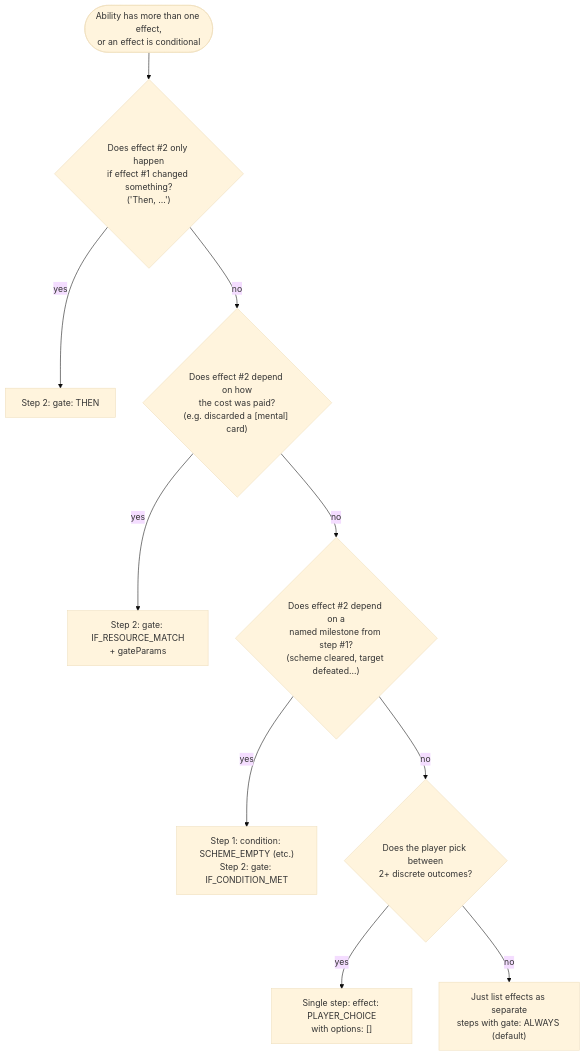
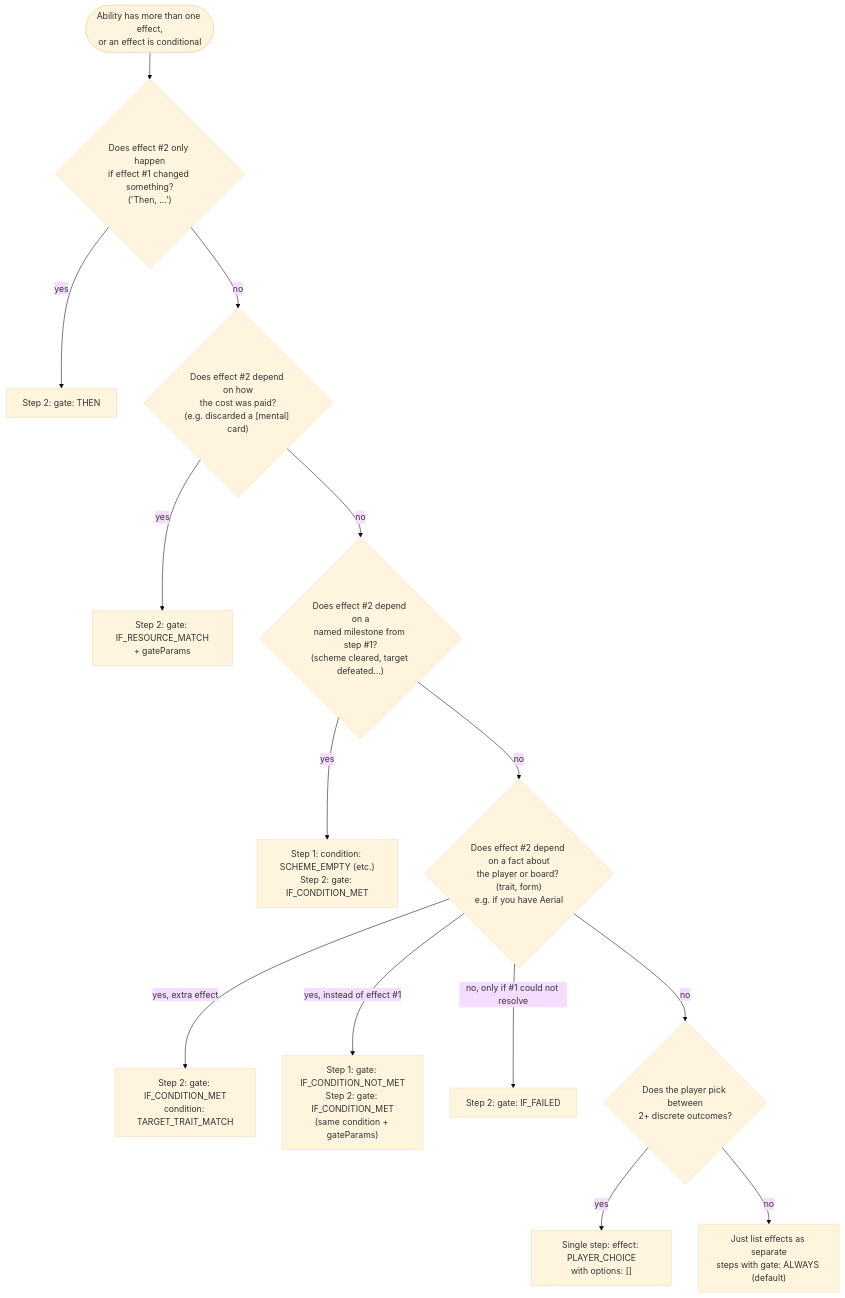
One commit to SteveRodrigue/MCD changed the third of 3 diagrams in docs/visual-guides/05-card-authoring-decision-guide.md. Above: the diagram before and after it, drawn with Mermaid (base theme). The commit also changed other lines of this file and 25 other files, not shown here.

````diff
--- a/docs/visual-guides/05-card-authoring-decision-guide.md
+++ b/docs/visual-guides/05-card-authoring-decision-guide.md
@@ -68,12 +68,16 @@
 ```mermaid
 flowchart TD
     Start(["Ability has more than one effect,<br/>or an effect is conditional"]) --> Q1{"Does effect #2 only happen<br/>if effect #1 changed something?<br/>('Then, ...')"}
     Q1 -->|yes| ThenGate["Step 2: gate: THEN"]
     Q1 -->|no| Q2{"Does effect #2 depend on how<br/>the cost was paid?<br/>(e.g. discarded a [mental] card)"}
     Q2 -->|yes| ResGate["Step 2: gate: IF_RESOURCE_MATCH<br/>+ gateParams"]
     Q2 -->|no| Q3{"Does effect #2 depend on a<br/>named milestone from step #1?<br/>(scheme cleared, target defeated...)"}
     Q3 -->|yes| CondGate["Step 1: condition: SCHEME_EMPTY (etc.)<br/>Step 2: gate: IF_CONDITION_MET"]
-    Q3 -->|no| Q4{"Does the player pick between<br/>2+ discrete outcomes?"}
+    Q3 -->|no| Q3b{"Does effect #2 depend on a fact about<br/>the player or board? (trait, form)<br/>e.g. if you have Aerial"}
+    Q3b -->|"yes, extra effect"| TraitMet["Step 2: gate: IF_CONDITION_MET<br/>condition: TARGET_TRAIT_MATCH"]
+    Q3b -->|"yes, instead of effect #1"| TraitNot["Step 1: gate: IF_CONDITION_NOT_MET<br/>Step 2: gate: IF_CONDITION_MET<br/>(same condition + gateParams)"]
+    Q3b -->|"no, only if #1 could not resolve"| FailGate["Step 2: gate: IF_FAILED"]
+    Q3b -->|no| Q4{"Does the player pick between<br/>2+ discrete outcomes?"}
     Q4 -->|yes| Choice["Single step: effect: PLAYER_CHOICE<br/>with options: []"]
     Q4 -->|no| Plain["Just list effects as separate<br/>steps with gate: ALWAYS (default)"]
 ```
````
